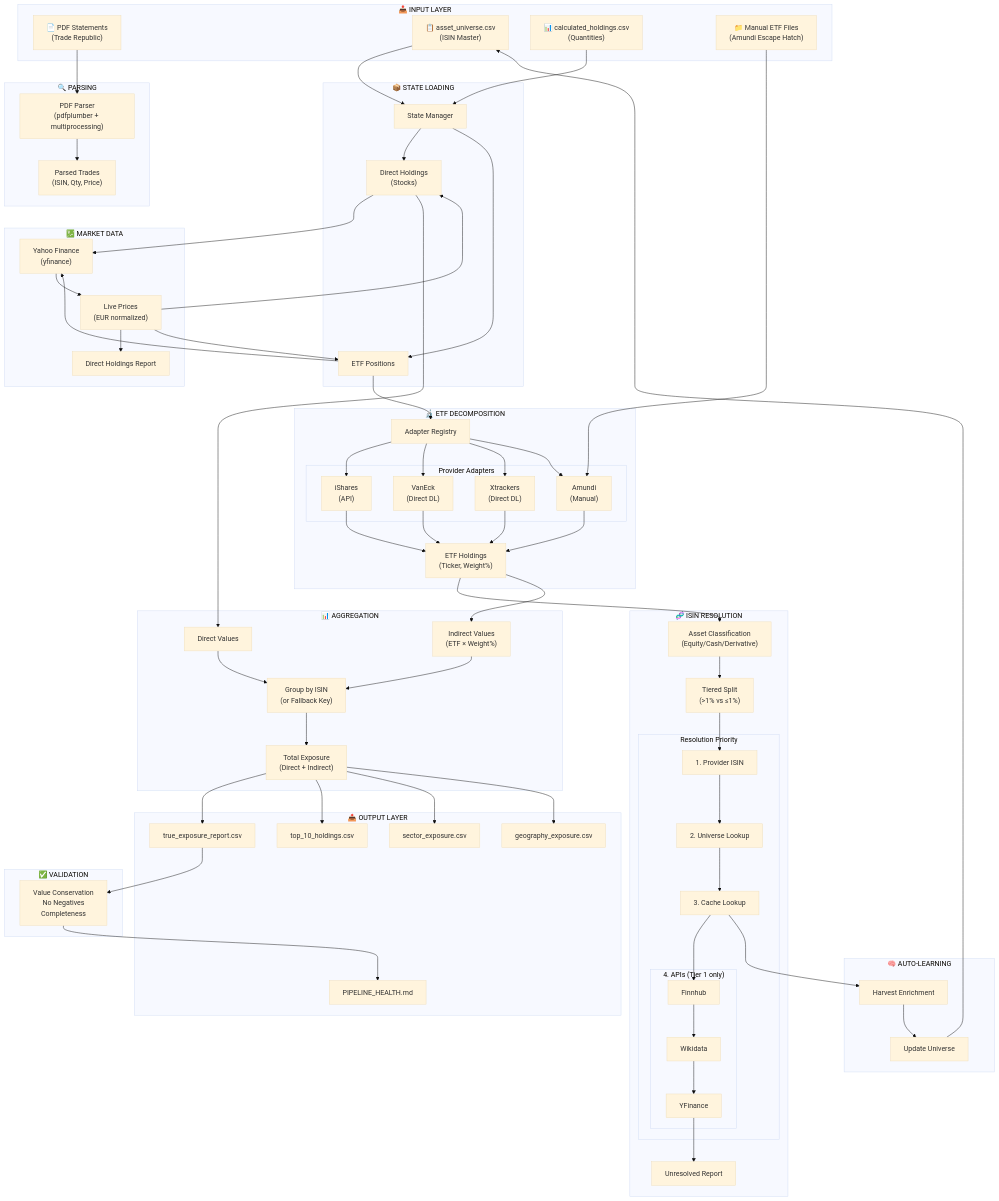
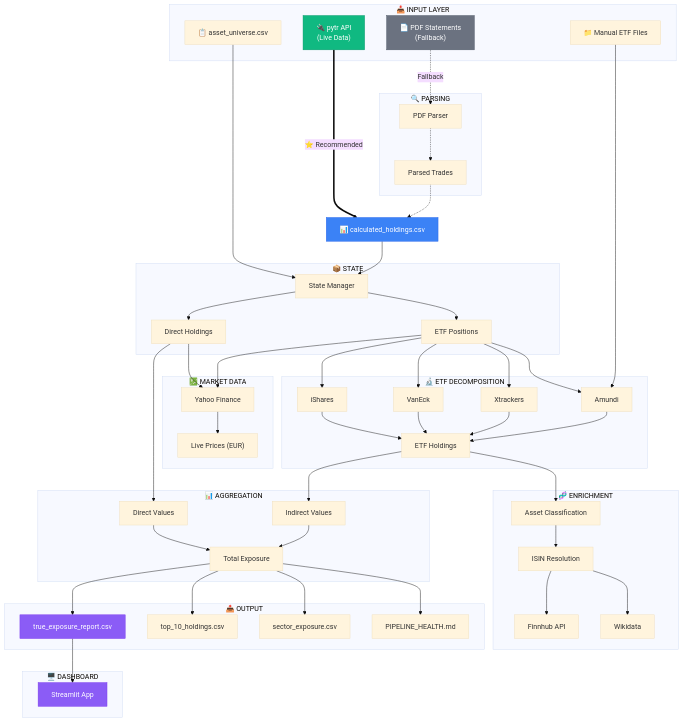
Before and after one commit to Skeptomenos/Portfolio-Prism: the second of 2 diagrams in README.md, drawn with Mermaid (base theme). The commit also changed other lines of this file, not shown here.

Commit message:
docs: update README diagrams with Trade Republic API flow and visual enhancements
- Redesign simple flow diagram: TB layout, API (green) + PDF (gray) paths
- Add '⭐ Recommended' label on API path, 'Fallback' on PDF path
- Add color styling: green (input), blue (processing), purple (output)
- Flatten detailed architecture diagram for clarity
- Update Stage 1 from 'Parse PDF' to 'Fetch Portfolio'
- Add Dashboard node to detailed diagram

````diff
--- a/README.md
+++ b/README.md
@@ -291,107 +284,89 @@
 ```mermaid
 flowchart TB
     subgraph Input["📥 INPUT LAYER"]
-        PDF["📄 PDF Statements<br/>(Trade Republic)"]
-        Universe["📋 asset_universe.csv<br/>(ISIN Master)"]
-        Holdings["📊 calculated_holdings.csv<br/>(Quantities)"]
-        ManualETF["📁 Manual ETF Files<br/>(Amundi Escape Hatch)"]
+        API["🔌 pytr API<br/>(Live Data)"]
+        PDF["📄 PDF Statements<br/>(Fallback)"]
+        Universe["📋 asset_universe.csv"]
+        ManualETF["📁 Manual ETF Files"]
     end
 
     subgraph Parse["🔍 PARSING"]
-        Parser["PDF Parser<br/>(pdfplumber + multiprocessing)"]
-        Trades["Parsed Trades<br/>(ISIN, Qty, Price)"]
+        Parser["PDF Parser"]
+        Trades["Parsed Trades"]
     end
 
-    subgraph State["📦 STATE LOADING"]
+    Holdings["📊 calculated_holdings.csv"]
+
+    subgraph State["📦 STATE"]
         StateMgr["State Manager"]
-        Direct["Direct Holdings<br/>(Stocks)"]
+        Direct["Direct Holdings"]
         ETFs["ETF Positions"]
     end
 
     subgraph Market["💹 MARKET DATA"]
-        YFinance["Yahoo Finance<br/>(yfinance)"]
-        Prices["Live Prices<br/>(EUR normalized)"]
-        DirectReport["Direct Holdings Report"]
+        YFinance["Yahoo Finance"]
+        Prices["Live Prices (EUR)"]
     end
 
     subgraph Decompose["🔬 ETF DECOMPOSITION"]
-        Registry["Adapter Registry"]
-        subgraph Adapters["Provider Adapters"]
-            iShares["iShares<br/>(API)"]
-            VanEck["VanEck<br/>(Direct DL)"]
-            Xtrackers["Xtrackers<br/>(Direct DL)"]
-            Amundi["Amundi<br/>(Manual)"]
-        end
-        ETFHoldings["ETF Holdings<br/>(Ticker, Weight%)"]
+        iShares["iShares"]
+        VanEck["VanEck"]
+        Xtrackers["Xtrackers"]
+        Amundi["Amundi"]
+        ETFHoldings["ETF Holdings"]
     end
 
-    subgraph Enrich["🧬 ISIN RESOLUTION"]
-        Classification["Asset Classification<br/>(Equity/Cash/Derivative)"]
-        TierSplit["Tiered Split<br/>(>1% vs ≤1%)"]
-        subgraph Resolution["Resolution Priority"]
-            Provider["1. Provider ISIN"]
-            Local["2. Universe Lookup"]
-            Cache["3. Cache Lookup"]
-            subgraph APIs["4. APIs (Tier 1 only)"]
-                Finnhub["Finnhub"]
-                Wikidata["Wikidata"]
-                YF2["YFinance"]
-            end
-        end
-        Unresolved["Unresolved Report"]
+    subgraph Enrich["🧬 ENRICHMENT"]
+        Classification["Asset Classification"]
+        Resolution["ISIN Resolution"]
+        Finnhub["Finnhub API"]
+        Wikidata["Wikidata"]
     end
 
     subgraph Aggregate["📊 AGGREGATION"]
         DirectVal["Direct Values"]
-        IndirectVal["Indirect Values<br/>(ETF × Weight%)"]
-        GroupBy["Group by ISIN<br/>(or Fallback Key)"]
-        TotalExp["Total Exposure<br/>(Direct + Indirect)"]
+        IndirectVal["Indirect Values"]
+        TotalExp["Total Exposure"]
     end
 
-    subgraph Output["📤 OUTPUT LAYER"]
+    subgraph Output["📤 OUTPUT"]
         TrueExp["true_exposure_report.csv"]
         Top10["top_10_holdings.csv"]
         Sector["sector_exposure.csv"]
-        Geo["geography_exposure.csv"]
         Health["PIPELINE_HEALTH.md"]
     end
 
-    subgraph Validate["✅ VALIDATION"]
-        ValCheck["Value Conservation<br/>No Negatives<br/>Completeness"]
+    subgraph UI["🖥️ DASHBOARD"]
+        Dashboard["Streamlit App"]
     end
 
-    subgraph Learn["🧠 AUTO-LEARNING"]
-        Harvest["Harvest Enrichment"]
-        UpdateUni["Update Universe"]
-    end
+    API ==>|"⭐ Recommended"| Holdings
+    PDF -.->|"Fallback"| Parser
+    Parser -.-> Trades -.-> Holdings
 
-    PDF --> Parser --> Trades
     Universe --> StateMgr
     Holdings --> StateMgr
     StateMgr --> Direct & ETFs
 
-    Direct --> YFinance
-    ETFs --> YFinance
-    YFinance --> Prices
-    Prices --> DirectReport
-    Prices --> Direct & ETFs
+    Direct & ETFs --> YFinance --> Prices
 
-    ETFs --> Registry
+    ETFs --> iShares & VanEck & Xtrackers & Amundi
     ManualETF --> Amundi
-    Registry --> iShares & VanEck & Xtrackers & Amundi
     iShares & VanEck & Xtrackers & Amundi --> ETFHoldings
 
-    ETFHoldings --> Classification --> TierSplit
-    TierSplit --> Provider --> Local --> Cache
-    Cache --> Finnhub --> Wikidata --> YF2
-    YF2 --> Unresolved
+    ETFHoldings --> Classification --> Resolution
+    Resolution --> Finnhub & Wikidata
 
     Direct --> DirectVal
     ETFHoldings --> IndirectVal
-    DirectVal & IndirectVal --> GroupBy --> TotalExp
+    DirectVal & IndirectVal --> TotalExp
 
-    TotalExp --> TrueExp & Top10 & Sector & Geo
-    TrueExp --> ValCheck --> Health
+    TotalExp --> TrueExp & Top10 & Sector & Health
+    TrueExp --> Dashboard
 
-    Cache --> Harvest --> UpdateUni --> Universe
+    style API fill:#10b981,stroke:#059669,color:#fff
+    style PDF fill:#6b7280,stroke:#4b5563,color:#fff
+    style TrueExp fill:#8b5cf6,stroke:#7c3aed,color:#fff
+    style Dashboard fill:#8b5cf6,stroke:#7c3aed,color:#fff
+    style Holdings fill:#3b82f6,stroke:#2563eb,color:#fff
 ```
````
